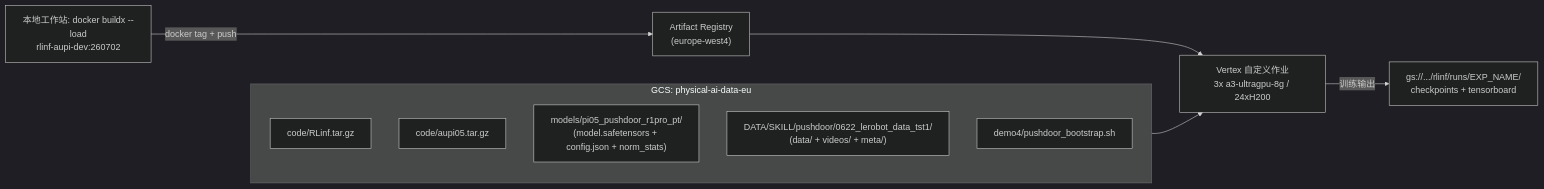
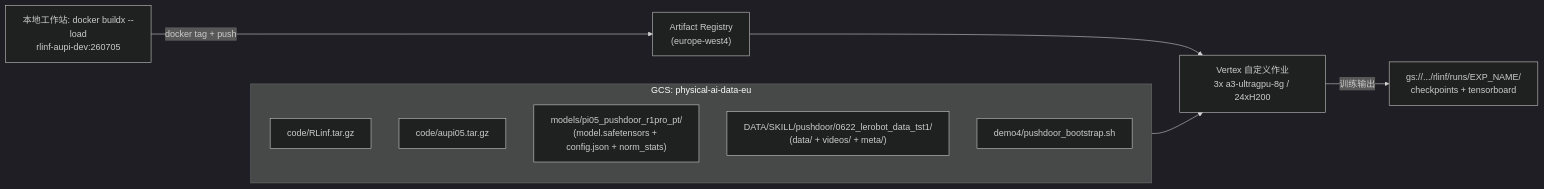
One commit to Avant-US/RLinf changed the diagram in b/gcp/demo4/guide_1.md. Above: the diagram before and after it, drawn with Mermaid (dark theme). The commit also changed other lines of this file and 11 other files, not shown here.

````diff
--- a/b/gcp/demo4/guide_1.md
+++ b/b/gcp/demo4/guide_1.md
@@ -15,14 +15,14 @@
 ```mermaid
 flowchart LR
-  local["本地工作站: docker buildx --load\nrlinf-aupi-dev:260702"] -->|"docker tag + push"| ar["Artifact Registry\n(europe-west4)"]
+  local["本地工作站: docker buildx --load\nrlinf-aupi-dev:260705"] -->|"docker tag + push"| ar["Artifact Registry\n(europe-west4)"]
   ar --> vertex["Vertex 自定义作业\n3x a3-ultragpu-8g / 24xH200"]
   subgraph gcs [GCS: physical-ai-data-eu]
     code["code/RLinf.tar.gz"]
     aupi["code/aupi05.tar.gz"]
     model["models/pi05_pushdoor_r1pro_pt/\n(model.safetensors + config.json + norm_stats)"]
     data["DATA/SKILL/pushdoor/0622_lerobot_data_tst1/\n(data/ + videos/ + meta/)"]
     boot["demo4/pushdoor_bootstrap.sh"]
   end
   gcs --> vertex
   vertex -->|"训练输出"| runs["gs://.../rlinf/runs/EXP_NAME/\ncheckpoints + tensorboard"]
 ```
````
